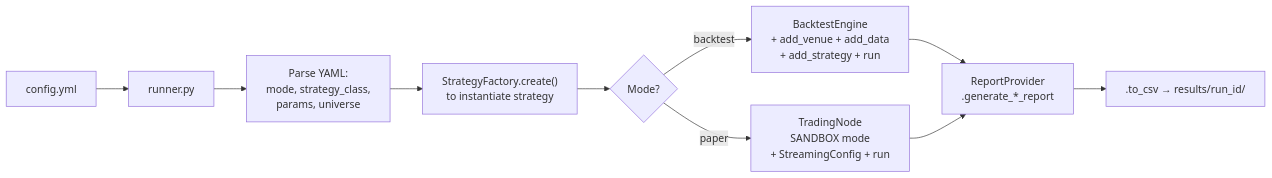
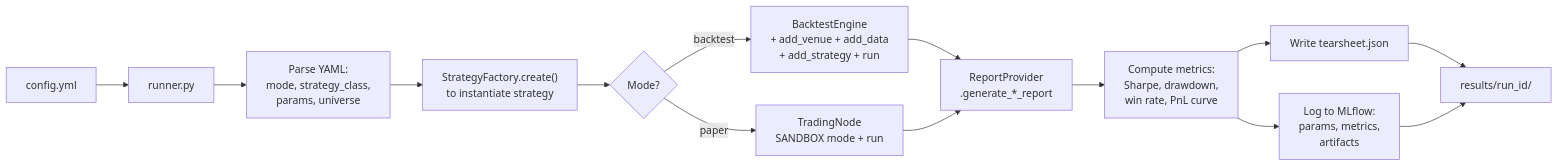
Before and after one commit to JSai23/nautilus_trader: the seventh of 8 diagrams in agents/PLAN.md, drawn with Mermaid. The commit also changed other lines of this file and 7 other files, not shown here.

````diff
--- a/agents/PLAN.md
+++ b/agents/PLAN.md
@@ -1604,12 +1551,16 @@
 ```mermaid
 flowchart LR
     CONFIG[config.yml] --> RUNNER[runner.py]
     RUNNER --> PARSE[Parse YAML:<br/>mode, strategy_class,<br/>params, universe]
     PARSE --> IMPORT["StrategyFactory.create()<br/>to instantiate strategy"]
     IMPORT --> BUILD{Mode?}
     BUILD -->|backtest| BT[BacktestEngine<br/>+ add_venue + add_data<br/>+ add_strategy + run]
-    BUILD -->|paper| PT[TradingNode<br/>SANDBOX mode<br/>+ StreamingConfig + run]
+    BUILD -->|paper| PT[TradingNode<br/>SANDBOX mode + run]
     BT --> REPORT[ReportProvider<br/>.generate_*_report]
     PT --> REPORT
-    REPORT --> CSV[.to_csv → results/run_id/]
+    REPORT --> METRICS[Compute metrics:<br/>Sharpe, drawdown,<br/>win rate, PnL curve]
+    METRICS --> TEARSHEET[Write tearsheet.json]
+    METRICS --> MLFLOW[Log to MLflow:<br/>params, metrics,<br/>artifacts]
+    TEARSHEET --> DISK[results/run_id/]
+    MLFLOW --> DISK
 ```
````
